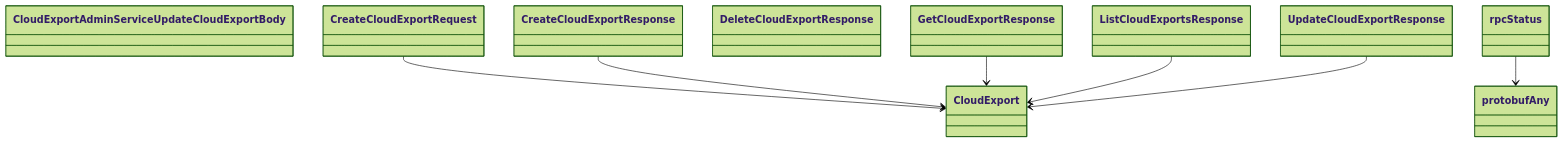
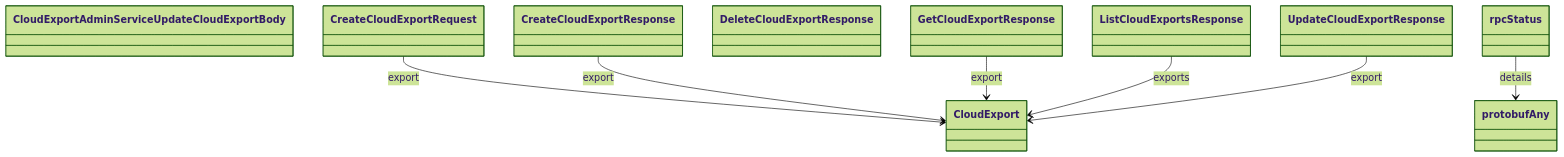
Diagram 12 of 12 in docs/sphinx/services/cloud_export.md (alexdearaujo/community_sdk_python), drawn with Mermaid (forest theme) before and after one commit. The commit also changed other lines of this file and 129 other files, not shown here.

````diff
--- a/docs/sphinx/services/cloud_export.md
+++ b/docs/sphinx/services/cloud_export.md
@@ -411,19 +432,19 @@
 ```mermaid
 classDiagram
     class CloudExport
     class CloudExportAdminServiceUpdateCloudExportBody
     class CreateCloudExportRequest
     class CreateCloudExportResponse
     class DeleteCloudExportResponse
     class GetCloudExportResponse
     class ListCloudExportsResponse
     class UpdateCloudExportResponse
     class protobufAny
     class rpcStatus
-    CreateCloudExportRequest --> CloudExport
-    CreateCloudExportResponse --> CloudExport
-    GetCloudExportResponse --> CloudExport
-    ListCloudExportsResponse --> CloudExport
-    UpdateCloudExportResponse --> CloudExport
-    rpcStatus --> protobufAny
+    CreateCloudExportRequest --> CloudExport : export
+    CreateCloudExportResponse --> CloudExport : export
+    GetCloudExportResponse --> CloudExport : export
+    ListCloudExportsResponse --> CloudExport : exports
+    UpdateCloudExportResponse --> CloudExport : export
+    rpcStatus --> protobufAny : details
 ```
````
